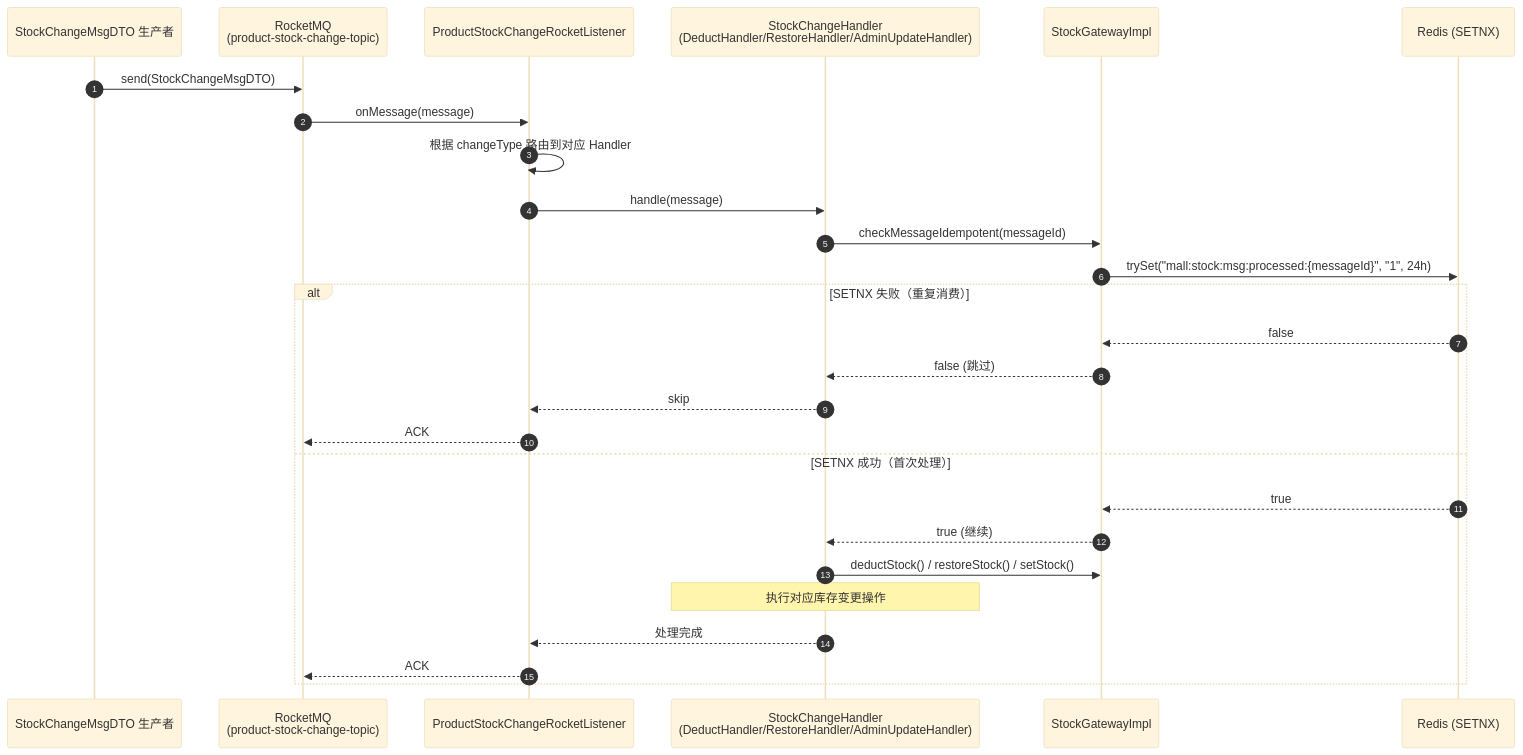
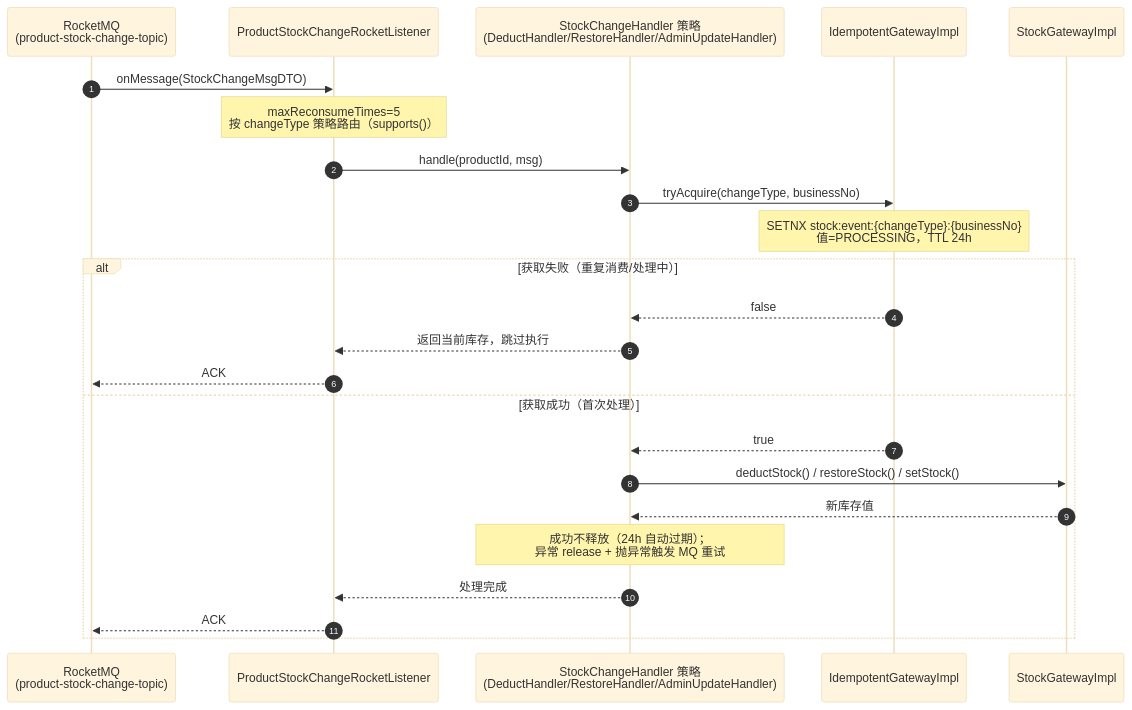
One commit to sxlva/s-pay-mall changed the second of 4 diagrams in docs/design/module-stock.md. Above: the diagram before and after it, drawn with Mermaid (base theme). The commit also changed other lines of this file and 3 other files, not shown here.

````diff
--- a/docs/design/module-stock.md
+++ b/docs/design/module-stock.md
@@ -142,32 +146,27 @@
 ```mermaid
 sequenceDiagram
     autonumber
-    participant Producer as StockChangeMsgDTO 生产者
     participant MQ as RocketMQ<br/>(product-stock-change-topic)
     participant Consumer as ProductStockChangeRocketListener
-    participant Handler as StockChangeHandler<br/>(DeductHandler/RestoreHandler/AdminUpdateHandler)
+    participant Handler as StockChangeHandler 策略<br/>(DeductHandler/RestoreHandler/AdminUpdateHandler)
+    participant Idem as IdempotentGatewayImpl
     participant Stock as StockGatewayImpl
-    participant R as Redis (SETNX)
 
-    Producer->>MQ: send(StockChangeMsgDTO)
-    MQ->>Consumer: onMessage(message)
-    Consumer->>Consumer: 根据 changeType 路由到对应 Handler
-
-    Consumer->>Handler: handle(message)
-    Handler->>Stock: checkMessageIdempotent(messageId)
-    Stock->>R: trySet("mall:stock:msg:processed:{messageId}", "1", 24h)
-
-    alt SETNX 失败（重复消费）
-        R-->>Stock: false
-        Stock-->>Handler: false (跳过)
-        Handler-->>Consumer: skip
+    MQ->>Consumer: onMessage(StockChangeMsgDTO)
+    Note over Consumer: maxReconsumeTimes=5<br/>按 changeType 策略路由（supports()）
+    Consumer->>Handler: handle(productId, msg)
+    Handler->>Idem: tryAcquire(changeType, businessNo)
+    Note over Idem: SETNX stock:event:{changeType}:{businessNo}<br/>值=PROCESSING，TTL 24h
+    alt 获取失败（重复消费/处理中）
+        Idem-->>Handler: false
+        Handler-->>Consumer: 返回当前库存，跳过执行
         Consumer-->>MQ: ACK
-    else SETNX 成功（首次处理）
-        R-->>Stock: true
-        Stock-->>Handler: true (继续)
+    else 获取成功（首次处理）
+        Idem-->>Handler: true
         Handler->>Stock: deductStock() / restoreStock() / setStock()
-        Note over Handler: 执行对应库存变更操作
+        Stock-->>Handler: 新库存值
+        Note over Handler: 成功不释放（24h 自动过期）；<br/>异常 release + 抛异常触发 MQ 重试
         Handler-->>Consumer: 处理完成
         Consumer-->>MQ: ACK
     end
 ```
````
